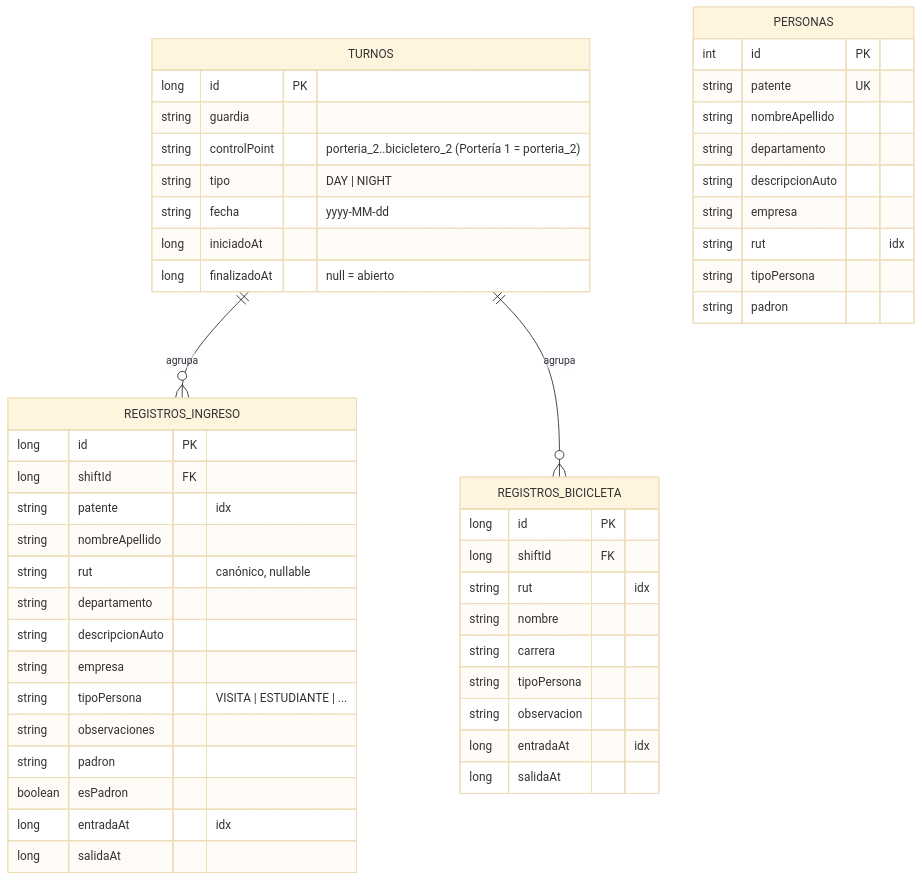
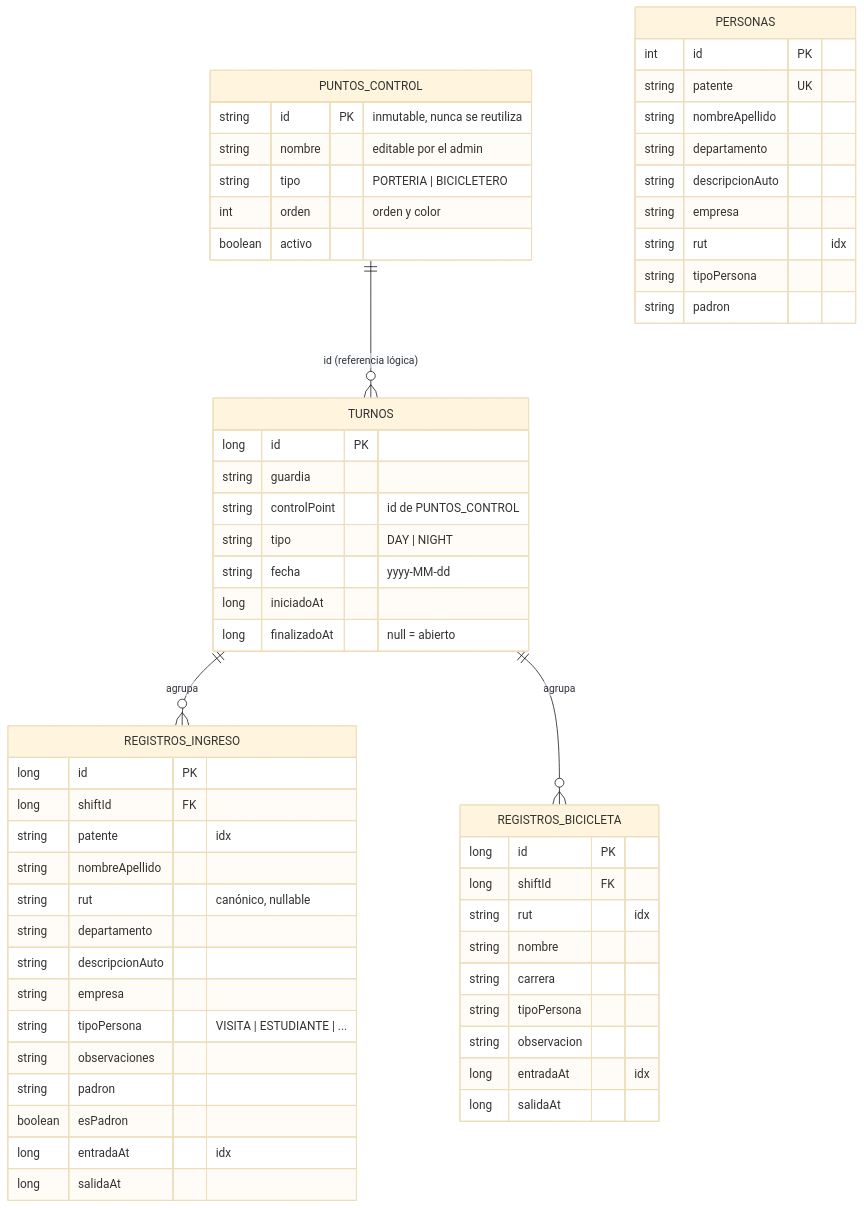
One commit to dur1al/controlate-android changed the third of 3 diagrams in README.md. Above: the diagram before and after it, drawn with Mermaid (base theme). The commit also changed other lines of this file and 4 other files, not shown here.

````diff
--- a/README.md
+++ b/README.md
@@ -116,53 +117,61 @@
 ```mermaid
 erDiagram
     TURNOS ||--o{ REGISTROS_INGRESO : "agrupa"
     TURNOS ||--o{ REGISTROS_BICICLETA : "agrupa"
+    PUNTOS_CONTROL ||--o{ TURNOS : "id (referencia lógica)"
 
+    PUNTOS_CONTROL {
+        string id PK "inmutable, nunca se reutiliza"
+        string nombre "editable por el admin"
+        string tipo "PORTERIA | BICICLETERO"
+        int orden "orden y color"
+        boolean activo
+    }
     TURNOS {
         long id PK
         string guardia
-        string controlPoint "porteria_2..bicicletero_2 (Portería 1 = porteria_2)"
+        string controlPoint "id de PUNTOS_CONTROL"
         string tipo "DAY | NIGHT"
         string fecha "yyyy-MM-dd"
         long iniciadoAt
         long finalizadoAt "null = abierto"
     }
     REGISTROS_INGRESO {
         long id PK
         long shiftId FK
         string patente "idx"
         string nombreApellido
         string rut "canónico, nullable"
         string departamento
         string descripcionAuto
         string empresa
         string tipoPersona "VISITA | ESTUDIANTE | ..."
         string observaciones
         string padron
         boolean esPadron
         long entradaAt "idx"
         long salidaAt
     }
     REGISTROS_BICICLETA {
         long id PK
         long shiftId FK
         string rut "idx"
         string nombre
         string carrera
         string tipoPersona
         string observacion
         long entradaAt "idx"
         long salidaAt
     }
     PERSONAS {
         int id PK
         string patente UK
         string nombreApellido
         string departamento
         string descripcionAuto
         string empresa
         string rut "idx"
         string tipoPersona
         string padron
     }
 ```
````
